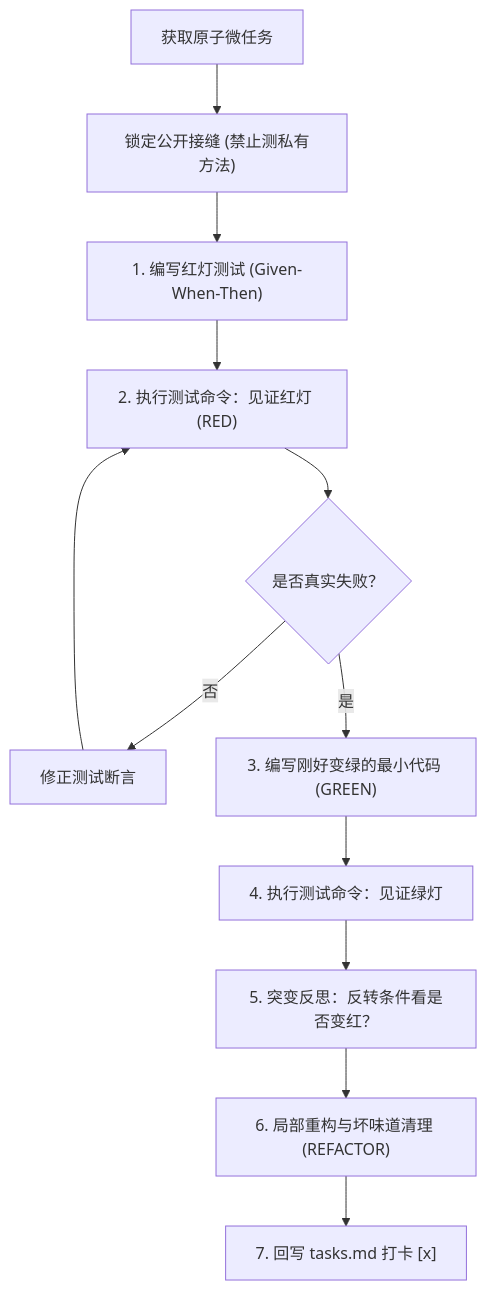
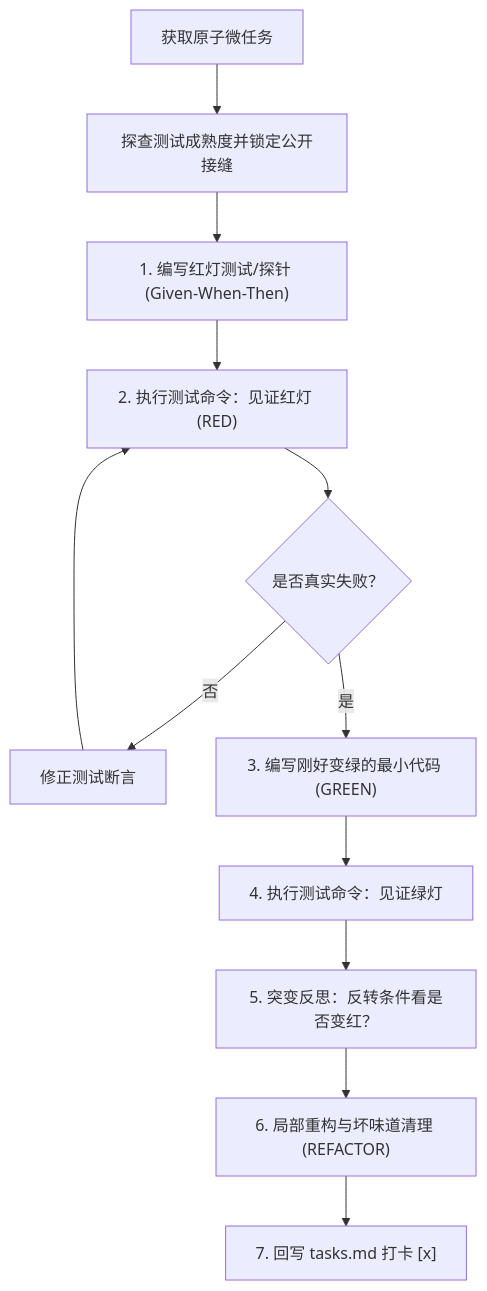
The diagram in docs/skills/at-tdd.md (atengk/skills), drawn with Mermaid before and after one commit. The commit also changed other lines of this file and 5 other files, not shown here.

````diff
--- a/docs/skills/at-tdd.md
+++ b/docs/skills/at-tdd.md
@@ -42,13 +42,13 @@
 ```mermaid
 flowchart TD
-    TaskStart["获取原子微任务"] --> SeamCheck["锁定公开接缝 (禁止测私有方法)"]
-    SeamCheck --> WriteRed["1. 编写红灯测试 (Given-When-Then)"]
+    TaskStart["获取原子微任务"] --> ProbeMaturity["探查测试成熟度并锁定公开接缝"]
+    ProbeMaturity --> WriteRed["1. 编写红灯测试/探针 (Given-When-Then)"]
     WriteRed --> RunRed["2. 执行测试命令：见证红灯 (RED)"]
     RunRed --> CheckRed{"是否真实失败？"}
     CheckRed -- 否 --> FixTest["修正测试断言"] --> RunRed
     CheckRed -- 是 --> WriteGreen["3. 编写刚好变绿的最小代码 (GREEN)"]
     WriteGreen --> RunGreen["4. 执行测试命令：见证绿灯"]
     RunGreen --> Mutate["5. 突变反思：反转条件看是否变红？"]
     Mutate --> Refactor["6. 局部重构与坏味道清理 (REFACTOR)"]
     Refactor --> Checkout["7. 回写 tasks.md 打卡 [x]"]
 ```
````
